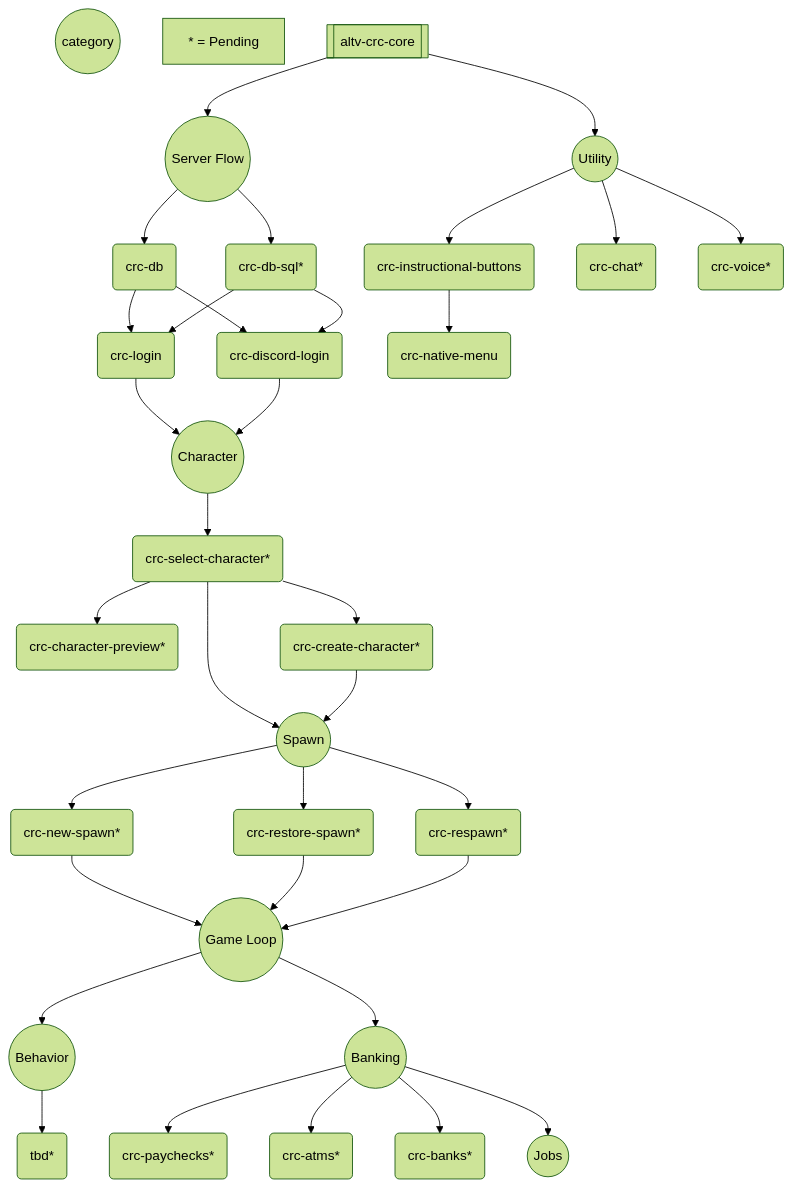
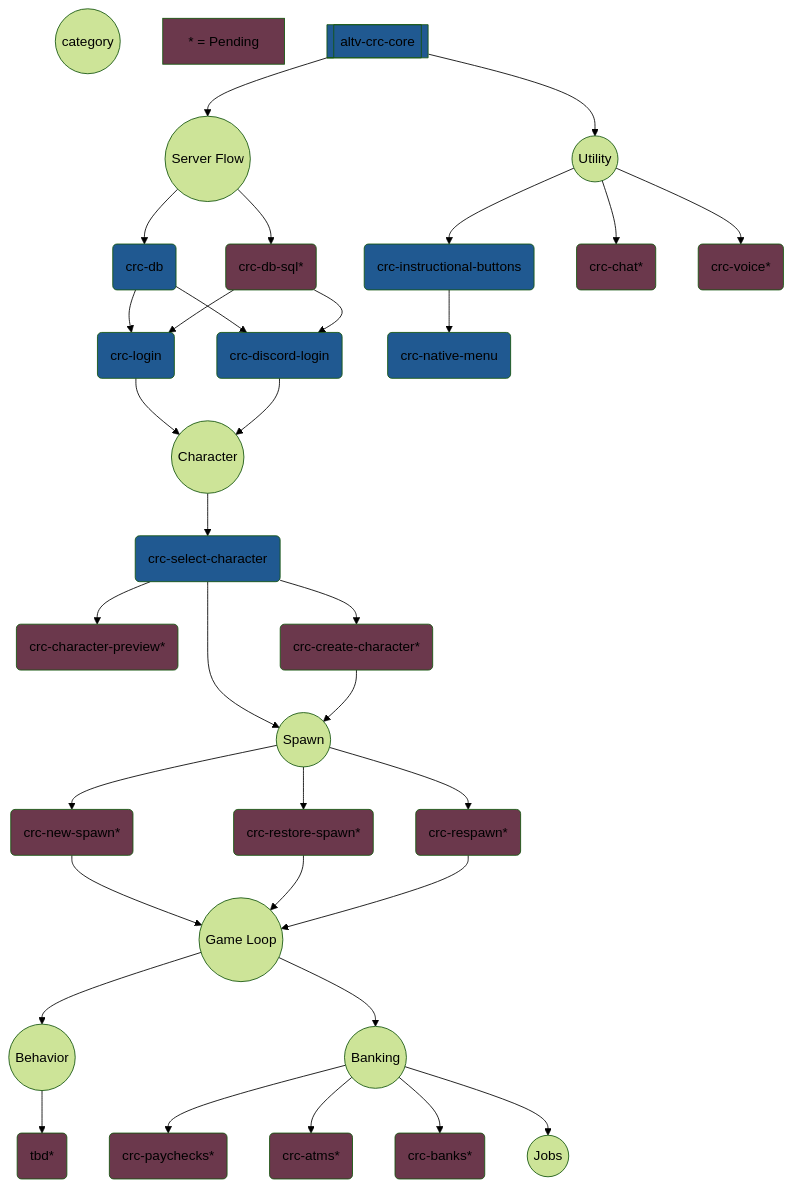
The diagram in profile/README.md (altv-crc/.github), drawn with Mermaid (forest theme) before and after one commit.

````diff
--- a/profile/README.md
+++ b/profile/README.md
@@ -88,75 +88,78 @@
 ```mermaid
 graph TD
+    classDef pending fill:#6b384c
+    classDef ready fill:#205991
+
     category((category))
-    not_created[* = Pending]
+    not_created[* = Pending]:::pending
 
     %% Initial Category
-    altv_crc_core[[altv-crc-core]]
+    altv_crc_core[[altv-crc-core]]:::ready
     altv_crc_core --> cat_core
     altv_crc_core --> cat_utility
 
     %% Core
     cat_core((Server Flow))
-    cat_core --> crc_db
+    cat_core --> crc_db:::ready
     cat_core --> crc_db_sql
 
     %% Database
-    crc_db(crc-db)
+    crc_db(crc-db):::ready
     crc_db --> crc_login
     crc_db --> crc_discord_login
-    crc_db_sql(crc-db-sql*)
+    crc_db_sql(crc-db-sql*):::pending
     crc_db_sql --> crc_login
     crc_db_sql --> crc_discord_login
 
     %% Authentication
-    crc_login(crc-login)
-    crc_discord_login(crc-discord-login)
+    crc_login(crc-login):::ready
+    crc_discord_login(crc-discord-login):::ready
     crc_login --> cat_character
     crc_discord_login --> cat_character
 
     %% Character
     cat_character((Character))
-    cat_character --> crc_char_select(crc-select-character*)
-    crc_char_select --> crc_char_preview(crc-character-preview*)
-    crc_char_select --> crc_char_create(crc-create-character*)
+    cat_character --> crc_char_select(crc-select-character):::ready
+    crc_char_select --> crc_char_preview(crc-character-preview*):::pending
+    crc_char_select --> crc_char_create(crc-create-character*):::pending
     crc_char_select --> cat_spawn
     crc_char_create --> cat_spawn
 
     %% Spawn
     cat_spawn((Spawn))
-    cat_spawn --> crc_new_spawn(crc-new-spawn*)
-    cat_spawn --> crc_restore_spawn(crc-restore-spawn*)
-    cat_spawn --> crc_respawn(crc-respawn*)
+    cat_spawn --> crc_new_spawn(crc-new-spawn*):::pending
+    cat_spawn --> crc_restore_spawn(crc-restore-spawn*):::pending
+    cat_spawn --> crc_respawn(crc-respawn*):::pending
     crc_new_spawn --> cat_game_loop
     crc_restore_spawn --> cat_game_loop
     crc_respawn --> cat_game_loop
 
     %% Game Loop
     cat_game_loop((Game Loop))
     cat_game_loop --> cat_behavior
     cat_game_loop --> cat_banking
    
     %% Behavior
     cat_behavior((Behavior))
-    cat_behavior --> tbd(tbd*)
+    cat_behavior --> tbd(tbd*):::pending
 
     %% Banking
     cat_banking((Banking))
-    cat_banking --> crc_paychecks(crc-paychecks*)
-    cat_banking --> crc_atm(crc-atms*)
-    cat_banking --> crc_banks(crc-banks*)
+    cat_banking --> crc_paychecks(crc-paychecks*):::pending
+    cat_banking --> crc_atm(crc-atms*):::pending
+    cat_banking --> crc_banks(crc-banks*):::pending
     cat_banking --> cat_jobs
 
     %% Jobs
     cat_jobs((Jobs))
 
     %% Utility
     cat_utility((Utility))
 
-    cat_utility --> crc_instructional_buttons(crc-instructional-buttons)
-    crc_instructional_buttons --> crc_native_menu(crc-native-menu)
+    cat_utility --> crc_instructional_buttons(crc-instructional-buttons):::ready
+    crc_instructional_buttons --> crc_native_menu(crc-native-menu):::ready
 
-    cat_utility --> crc_chat(crc-chat*)
+    cat_utility --> crc_chat(crc-chat*):::pending
 
-    cat_utility --> crc_voice(crc-voice*)
+    cat_utility --> crc_voice(crc-voice*):::pending
 ```
````
